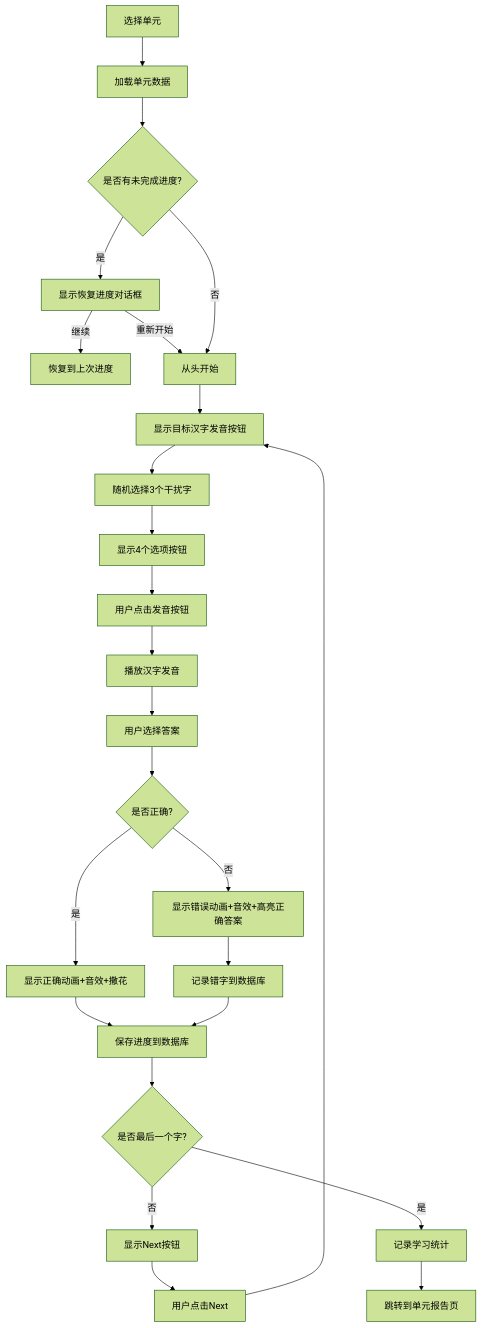
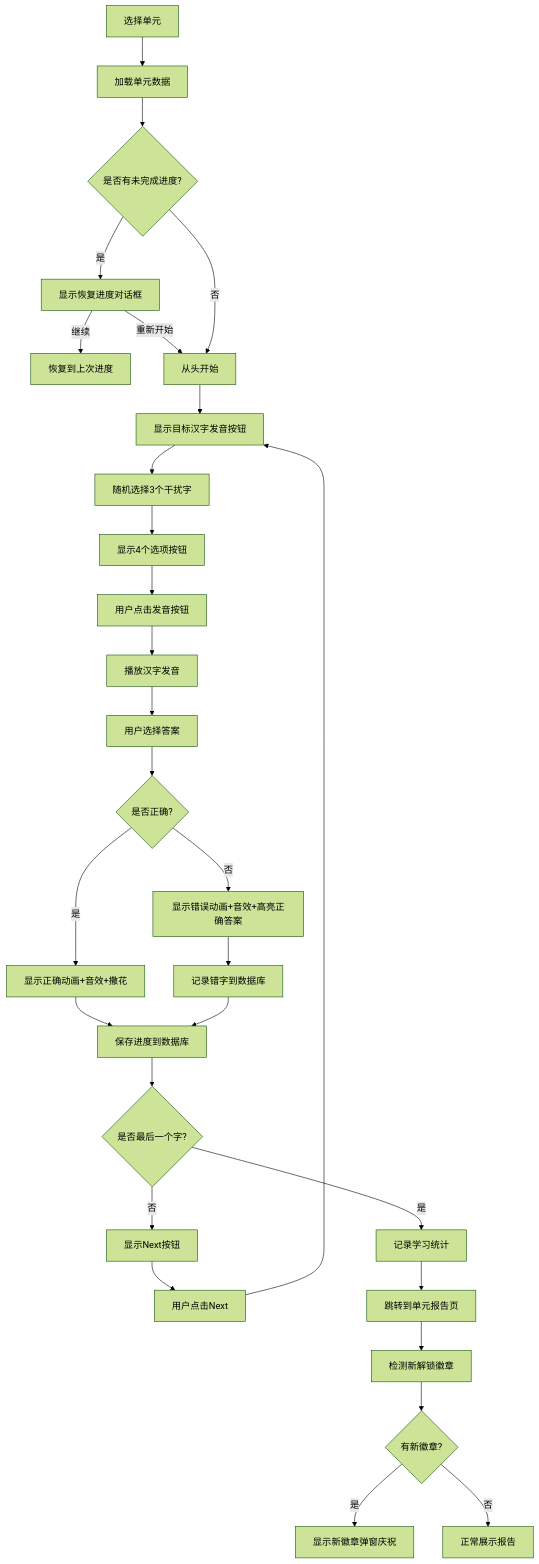
The second of 2 diagrams in DESIGN.md (JerryZ8889/chinese2000), drawn with Mermaid (forest theme) before and after one commit. The commit also changed other lines of this file and 8 other files, not shown here.

````diff
--- a/DESIGN.md
+++ b/DESIGN.md
@@ -391,27 +440,31 @@
 ```mermaid
 flowchart TD
     A[选择单元] --> B[加载单元数据]
     B --> C{是否有未完成进度?}
     C -->|是| D[显示恢复进度对话框]
     D -->|继续| E[恢复到上次进度]
     D -->|重新开始| F[从头开始]
     C -->|否| F
     F --> G[显示目标汉字发音按钮]
     G --> H[随机选择3个干扰字]
     H --> I[显示4个选项按钮]
     I --> J[用户点击发音按钮]
     J --> K[播放汉字发音]
     K --> L[用户选择答案]
     L --> M{是否正确?}
     M -->|是| N[显示正确动画+音效+撒花]
     M -->|否| O[显示错误动画+音效+高亮正确答案]
     N --> P[保存进度到数据库]
     O --> Q[记录错字到数据库]
     Q --> P
     P --> R{是否最后一个字?}
     R -->|否| S[显示Next按钮]
     S --> T[用户点击Next]
     T --> G
     R -->|是| U[记录学习统计]
     U --> V[跳转到单元报告页]
+    V --> W[检测新解锁徽章]
+    W --> X{有新徽章?}
+    X -->|是| Y[显示新徽章弹窗庆祝]
+    X -->|否| Z[正常展示报告]
 ```
````
